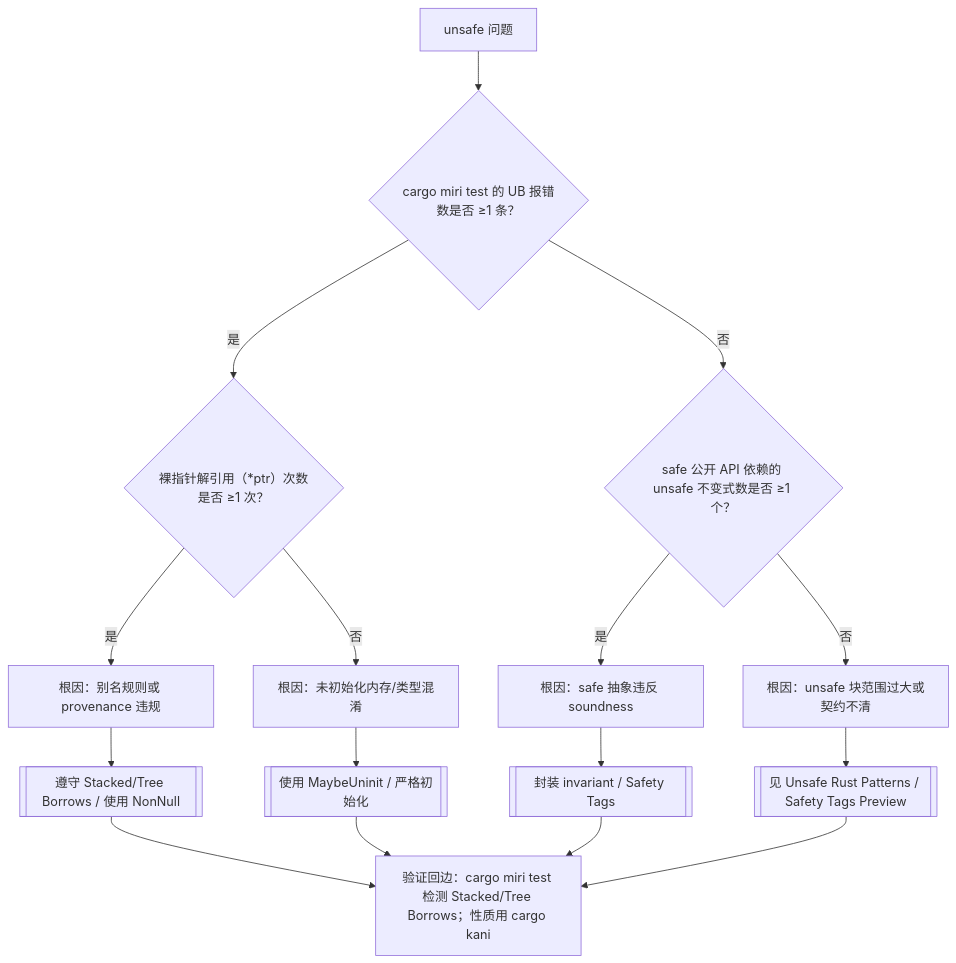
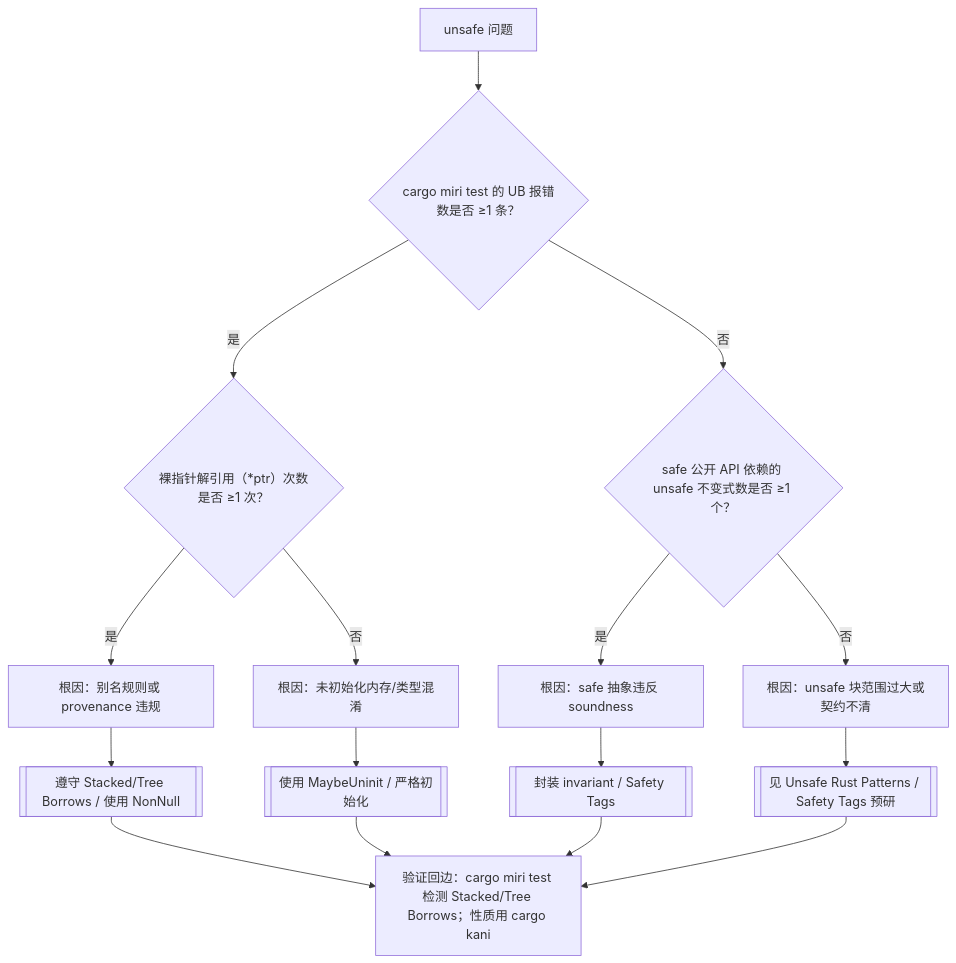
One commit to martin-ly/rust-lang changed the fifth of 6 diagrams in concept/00_meta/knowledge_topology/09_reasoning_judgment_tree_atlas.md. Above: the diagram before and after it, drawn with Mermaid. The commit also changed other lines of this file and 751 other files, not shown here.

````diff
--- a/concept/00_meta/knowledge_topology/09_reasoning_judgment_tree_atlas.md
+++ b/concept/00_meta/knowledge_topology/09_reasoning_judgment_tree_atlas.md
@@ -130,18 +136,18 @@
 ```mermaid
 flowchart TD
     U[unsafe 问题] --> Q1{"cargo miri test 的 UB 报错数是否 ≥1 条？"}
     Q1 -->|是| Q2{"裸指针解引用（*ptr）次数是否 ≥1 次？"}
     Q2 -->|是| R1[根因：别名规则或 provenance 违规]
     Q2 -->|否| R2[根因：未初始化内存/类型混淆]
     Q1 -->|否| Q3{"safe 公开 API 依赖的 unsafe 不变式数是否 ≥1 个？"}
     Q3 -->|是| R3[根因：safe 抽象违反 soundness]
     Q3 -->|否| R4[根因：unsafe 块范围过大或契约不清]
     R1 --> F1[[遵守 Stacked/Tree Borrows / 使用 NonNull]]
     R2 --> F2[[使用 MaybeUninit / 严格初始化]]
     R3 --> F3[[封装 invariant / Safety Tags]]
-    R4 --> F4[[见 Unsafe Rust Patterns / Safety Tags Preview]]
+    R4 --> F4[[见 Unsafe Rust Patterns / Safety Tags 预研]]
     F1 --> V5[验证回边：cargo miri test 检测 Stacked/Tree Borrows；性质用 cargo kani]
     F2 --> V5
     F3 --> V5
     F4 --> V5
 ```
````
